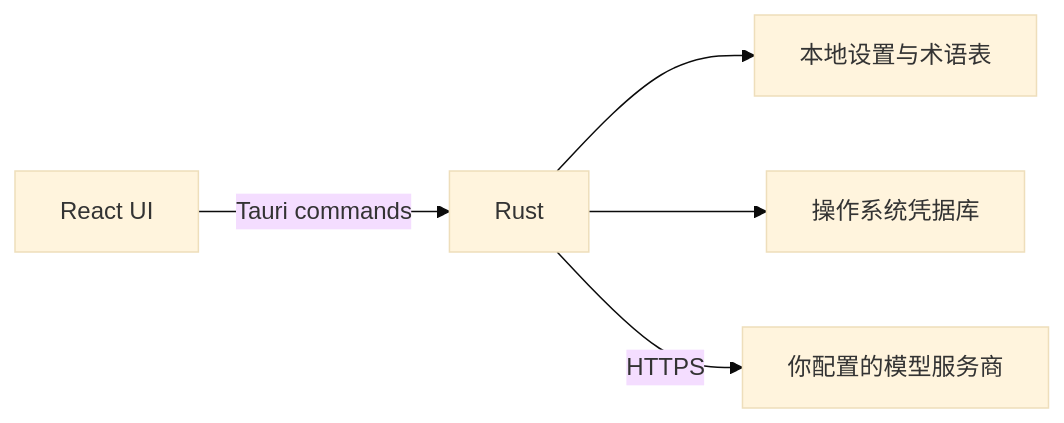
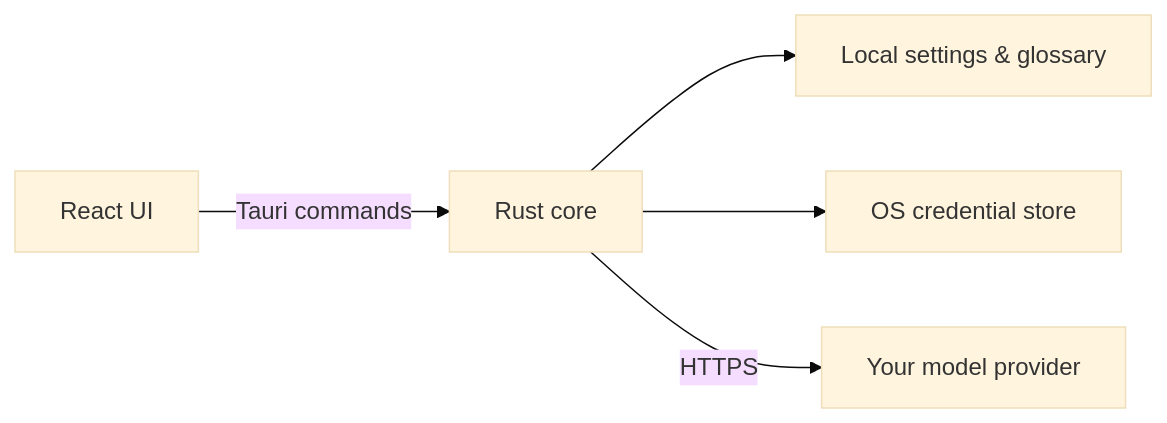
The diagram in README.md (finnzio/trali), drawn with Mermaid (base theme) before and after one commit. The commit also changed other lines of this file and 2 other files, not shown here.

````diff
--- a/README.md
+++ b/README.md
@@ -91,7 +104,7 @@
 ```mermaid
 flowchart LR
-    UI["React UI"] -->|"Tauri commands"| Core["Rust"]
-    Core --> Settings["本地设置与术语表"]
-    Core --> Keyring["操作系统凭据库"]
-    Core -->|"HTTPS"| Provider["你配置的模型服务商"]
+    UI["React UI"] -->|"Tauri commands"| Core["Rust core"]
+    Core --> Settings["Local settings & glossary"]
+    Core --> Keyring["OS credential store"]
+    Core -->|"HTTPS"| Provider["Your model provider"]
 ```
````
